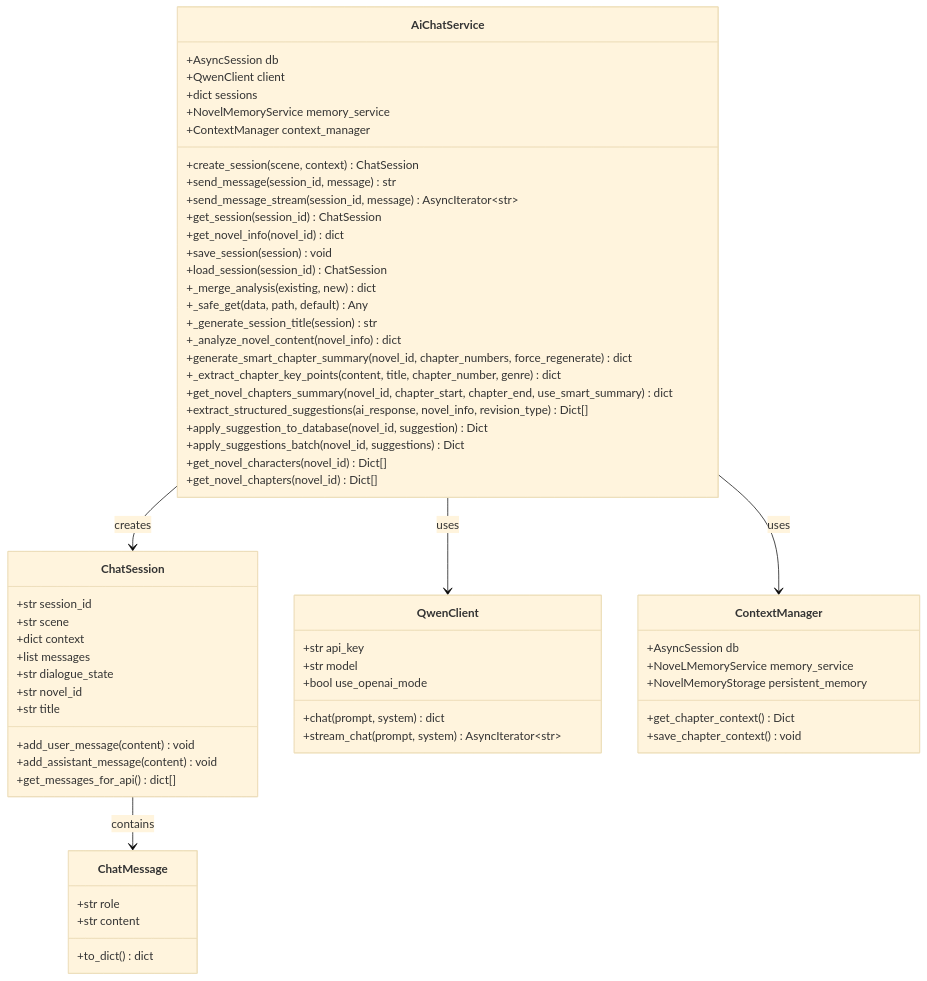
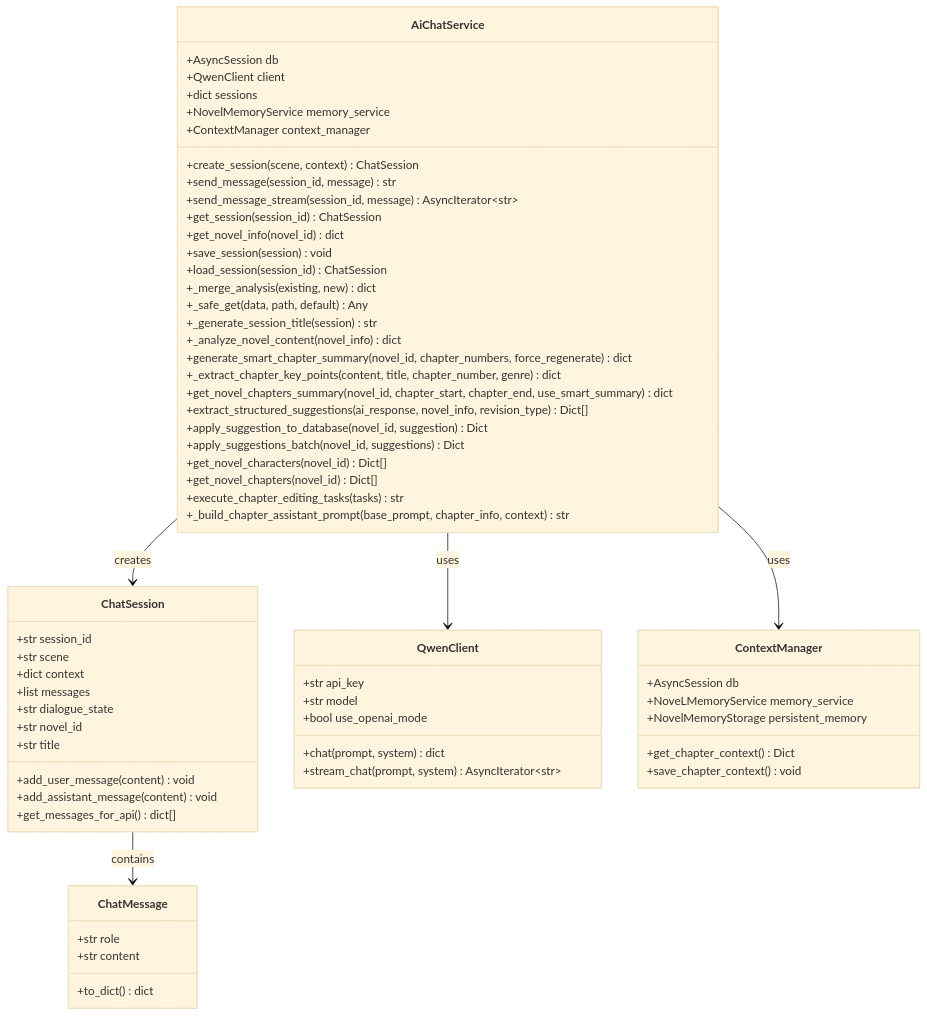
Before and after one commit to xfbyxq/ai-novel-system: the second of 36 diagrams in .qoder/repowiki/zh/content/Ai Chat Service.md, drawn with Mermaid (base theme). The commit also changed other lines of this file and 13 other files, not shown here.

````diff
--- a/.qoder/repowiki/zh/content/Ai Chat Service.md
+++ b/.qoder/repowiki/zh/content/Ai Chat Service.md
@@ -136,64 +157,66 @@
 ```mermaid
 classDiagram
 class AiChatService {
 +AsyncSession db
 +QwenClient client
 +dict sessions
 +NovelMemoryService memory_service
 +ContextManager context_manager
 +create_session(scene, context) ChatSession
 +send_message(session_id, message) str
 +send_message_stream(session_id, message) AsyncIterator~str~
 +get_session(session_id) ChatSession
 +get_novel_info(novel_id) dict
 +save_session(session) void
 +load_session(session_id) ChatSession
 +_merge_analysis(existing, new) dict
 +_safe_get(data, path, default) Any
 +_generate_session_title(session) str
 +_analyze_novel_content(novel_info) dict
 +generate_smart_chapter_summary(novel_id, chapter_numbers, force_regenerate) dict
 +_extract_chapter_key_points(content, title, chapter_number, genre) dict
 +get_novel_chapters_summary(novel_id, chapter_start, chapter_end, use_smart_summary) dict
 +extract_structured_suggestions(ai_response, novel_info, revision_type) Dict[]
 +apply_suggestion_to_database(novel_id, suggestion) Dict
 +apply_suggestions_batch(novel_id, suggestions) Dict
 +get_novel_characters(novel_id) Dict[]
 +get_novel_chapters(novel_id) Dict[]
++execute_chapter_editing_tasks(tasks) str
++_build_chapter_assistant_prompt(base_prompt, chapter_info, context) str
 }
 class ChatSession {
 +str session_id
 +str scene
 +dict context
 +list messages
 +str dialogue_state
 +str novel_id
 +str title
 +add_user_message(content) void
 +add_assistant_message(content) void
 +get_messages_for_api() dict[]
 }
 class ChatMessage {
 +str role
 +str content
 +to_dict() dict
 }
 class QwenClient {
 +str api_key
 +str model
 +bool use_openai_mode
 +chat(prompt, system) dict
 +stream_chat(prompt, system) AsyncIterator~str~
 }
 class ContextManager {
 +AsyncSession db
 +NoveLMemoryService memory_service
 +NovelMemoryStorage persistent_memory
 +get_chapter_context() Dict
 +save_chapter_context() void
 }
 AiChatService --> ChatSession : creates
 AiChatService --> QwenClient : uses
 AiChatService --> ContextManager : uses
 ChatSession --> ChatMessage : contains
 ```
````
